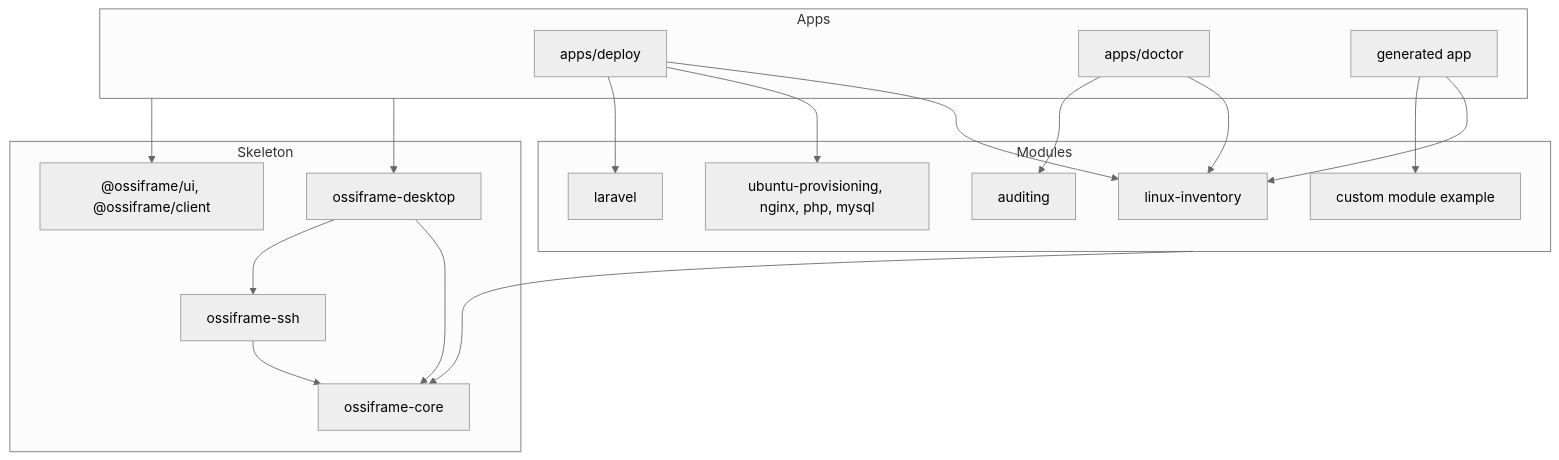
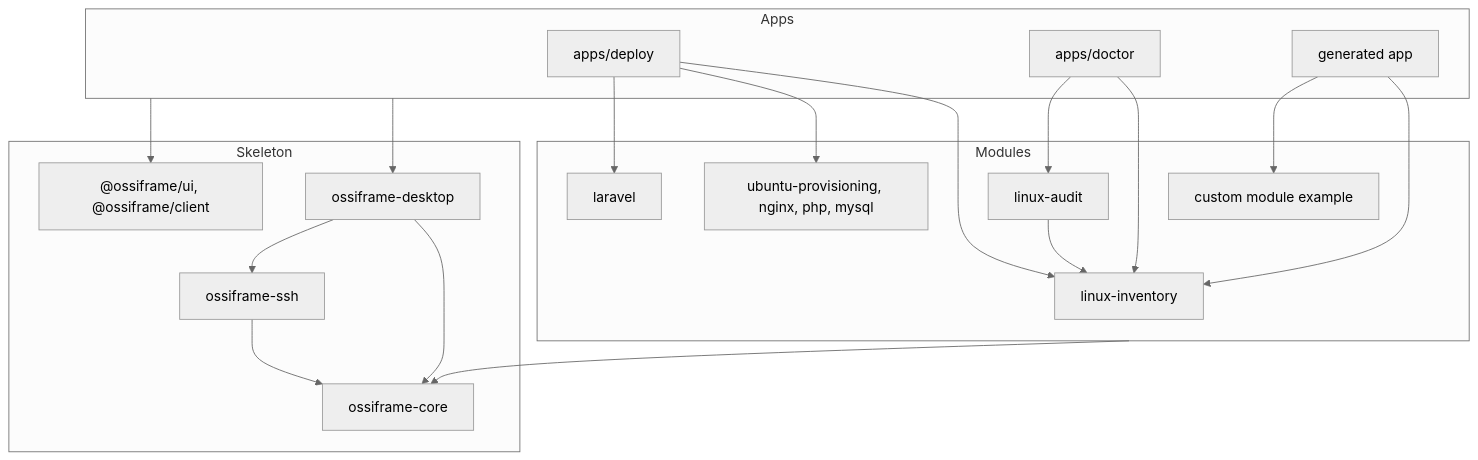
The diagram in docs/architecture.md (shojibur/Ossiframe), drawn with Mermaid (neutral theme) before and after one commit. The commit also changed other lines of this file and 58 other files, not shown here.

````diff
--- a/docs/architecture.md
+++ b/docs/architecture.md
@@ -7,28 +7,29 @@
 ```mermaid
 flowchart TB
   subgraph Apps
     Deploy["apps/deploy"]
     Doctor["apps/doctor"]
     Gen["generated app"]
   end
   subgraph Modules
     Inv["linux-inventory"]
     Prov["ubuntu-provisioning, nginx, php, mysql"]
     Lar["laravel"]
-    Aud["auditing"]
+    Aud["linux-audit"]
     Ex["custom module example"]
   end
   subgraph Core["Skeleton"]
     C["ossiframe-core"]
     S["ossiframe-ssh"]
     D["ossiframe-desktop"]
     UI["@ossiframe/ui, @ossiframe/client"]
   end
   Deploy --> Inv & Prov & Lar
   Doctor --> Inv & Aud
+  Aud --> Inv
   Gen --> Inv & Ex
   Modules --> C
   Apps --> D & UI
   D --> C & S
   S --> C
 ```
````
